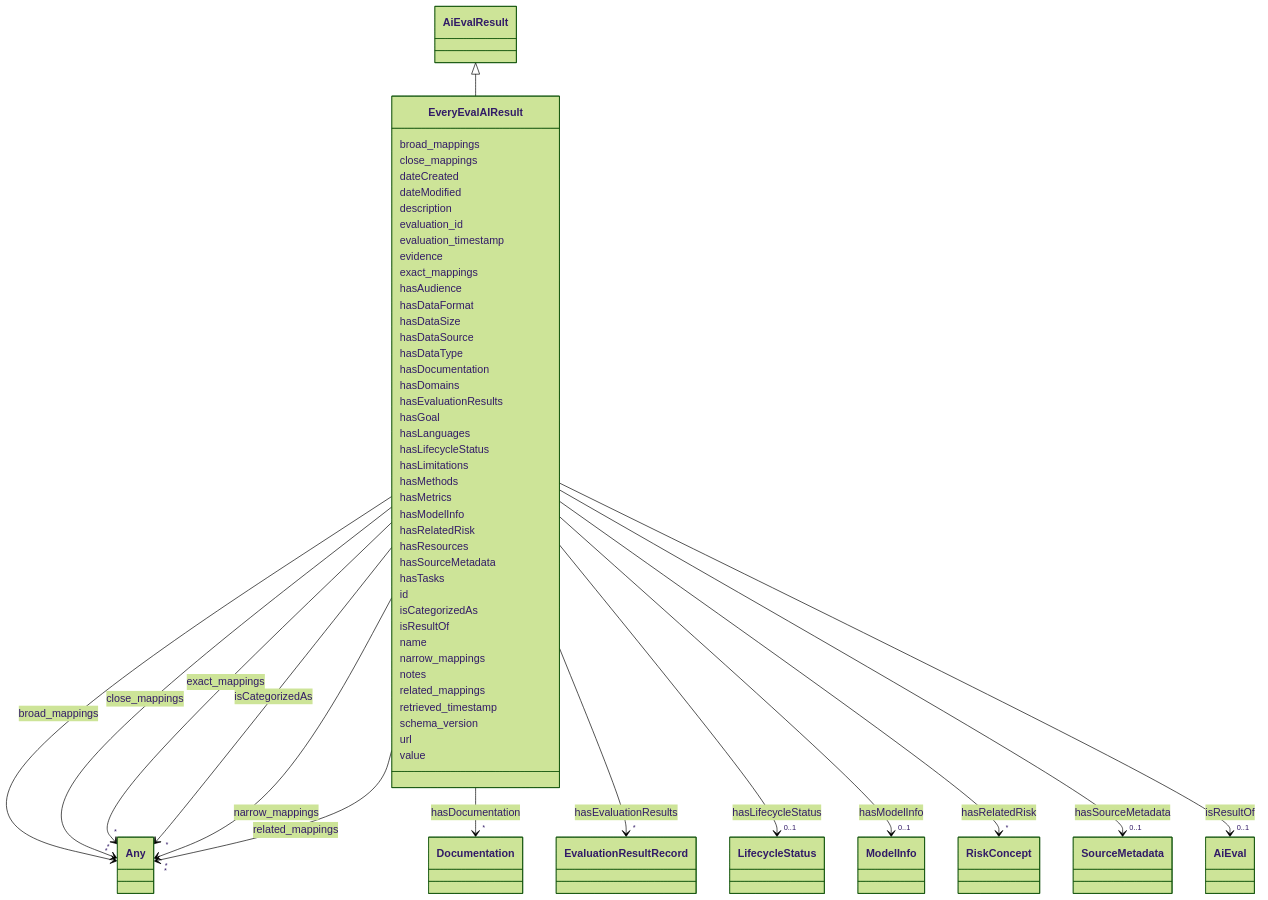
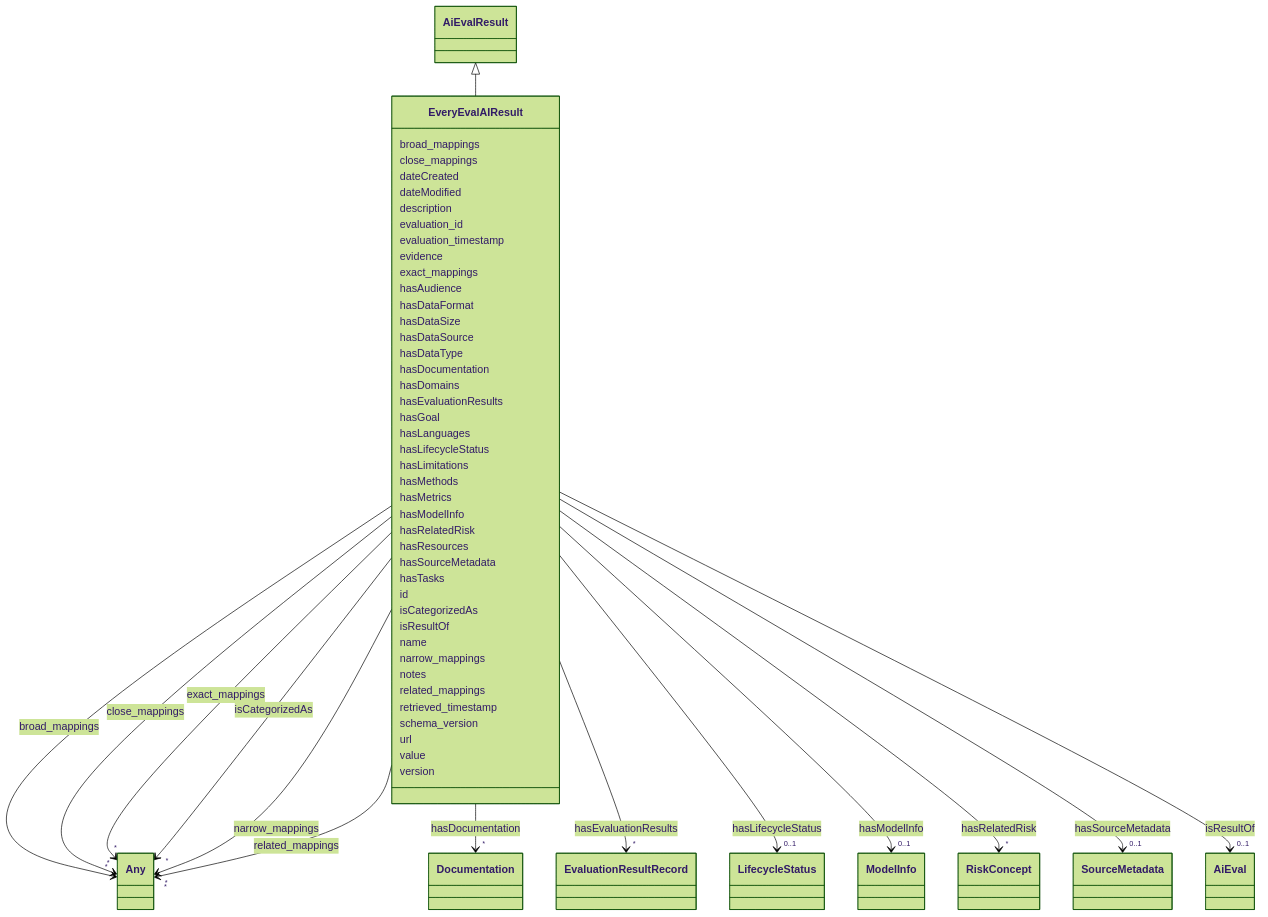
The diagram in docs/ontology/EveryEvalAIResult.md (IBM/ai-atlas-nexus), drawn with Mermaid (forest theme) before and after one commit. The commit also changed other lines of this file and 101 other files, not shown here.

````diff
--- a/docs/ontology/EveryEvalAIResult.md
+++ b/docs/ontology/EveryEvalAIResult.md
@@ -213,5 +213,7 @@
 
       EveryEvalAIResult : value
 
+      EveryEvalAIResult : version
+
 
 ```
````
